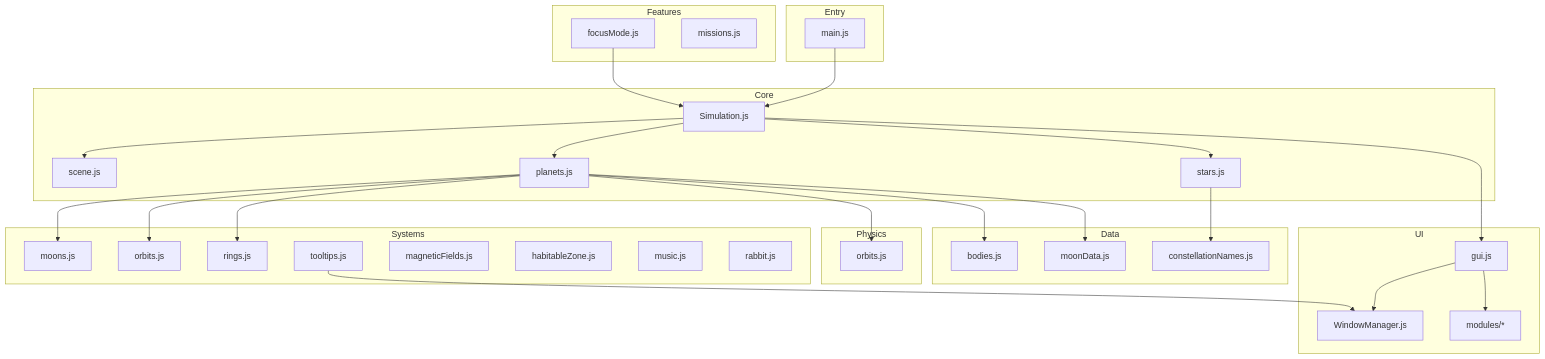
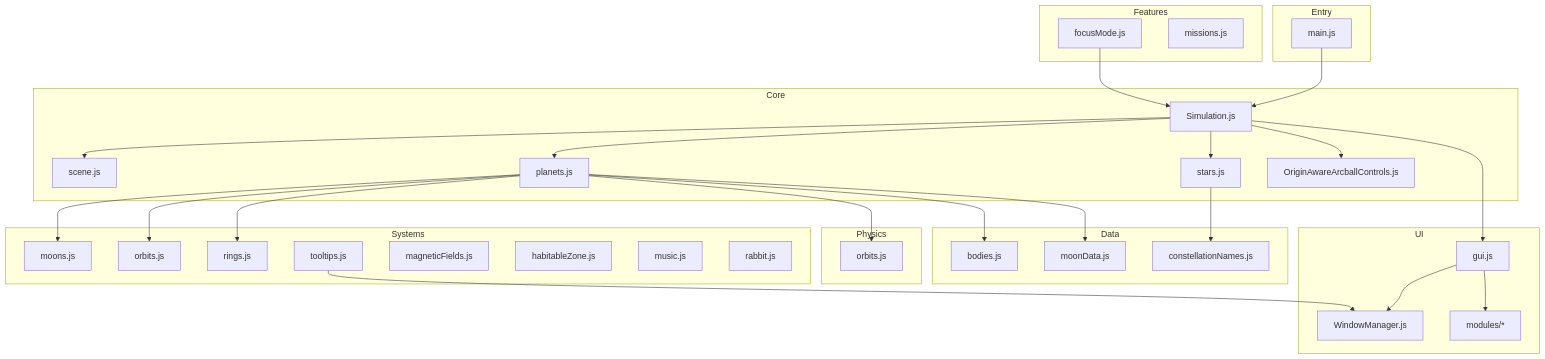
The first of 2 diagrams in docs/ARCHITECTURE.md (misdirection/white-rabbit), drawn with Mermaid before and after one commit. The commit also changed other lines of this file and 11 other files, not shown here.

````diff
--- a/docs/ARCHITECTURE.md
+++ b/docs/ARCHITECTURE.md
@@ -7,66 +7,68 @@
 ```mermaid
 graph TD
     subgraph Entry
         main[main.js]
     end
 
     subgraph Core
         Simulation[Simulation.js]
         scene[scene.js]
         planets[planets.js]
         stars[stars.js]
+        controls[OriginAwareArcballControls.js]
     end
 
     subgraph Data
         bodies[bodies.js]
         moonData[moonData.js]
         constellationNames[constellationNames.js]
     end
 
     subgraph Physics
         orbits_physics[orbits.js]
     end
 
     subgraph Systems
         moons[moons.js]
         orbits_sys[orbits.js]
         rings[rings.js]
         tooltips[tooltips.js]
         magneticFields[magneticFields.js]
         habitableZone[habitableZone.js]
         music[music.js]
         rabbit[rabbit.js]
     end
 
     subgraph Features
         focusMode[focusMode.js]
         missions[missions.js]
     end
 
     subgraph UI
         gui[gui.js]
         WindowManager[WindowManager.js]
         modules[modules/*]
     end
 
     main --> Simulation
     Simulation --> scene
     Simulation --> planets
     Simulation --> stars
     Simulation --> gui
+    Simulation --> controls
 
     planets --> bodies
     planets --> moonData
     planets --> orbits_physics
     planets --> moons
     planets --> orbits_sys
     planets --> rings
 
     stars --> constellationNames
 
     gui --> modules
     gui --> WindowManager
 
     tooltips --> WindowManager
     focusMode --> Simulation
 ```
````
